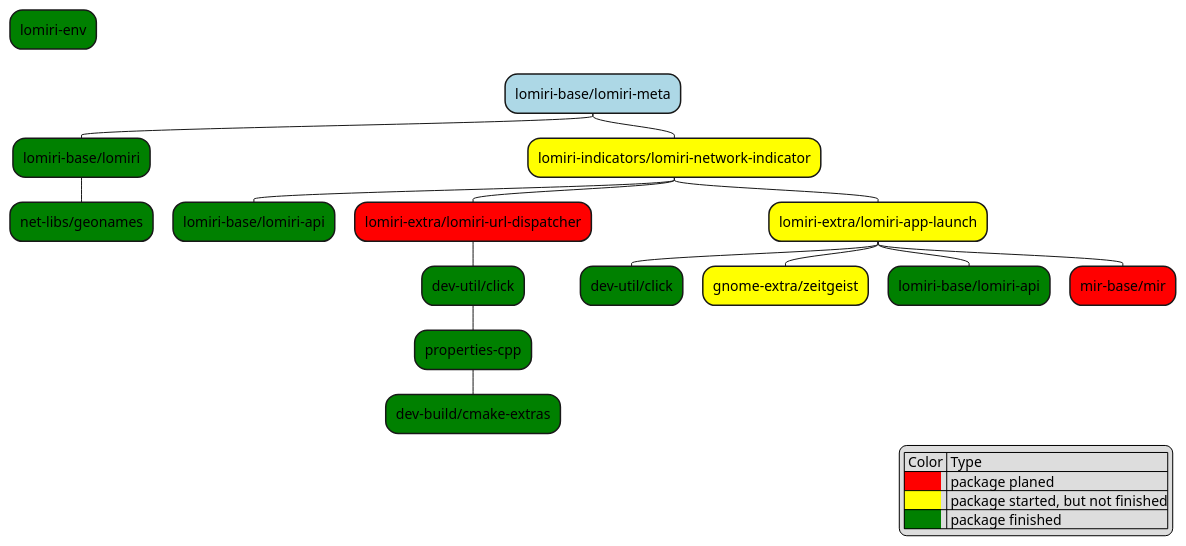
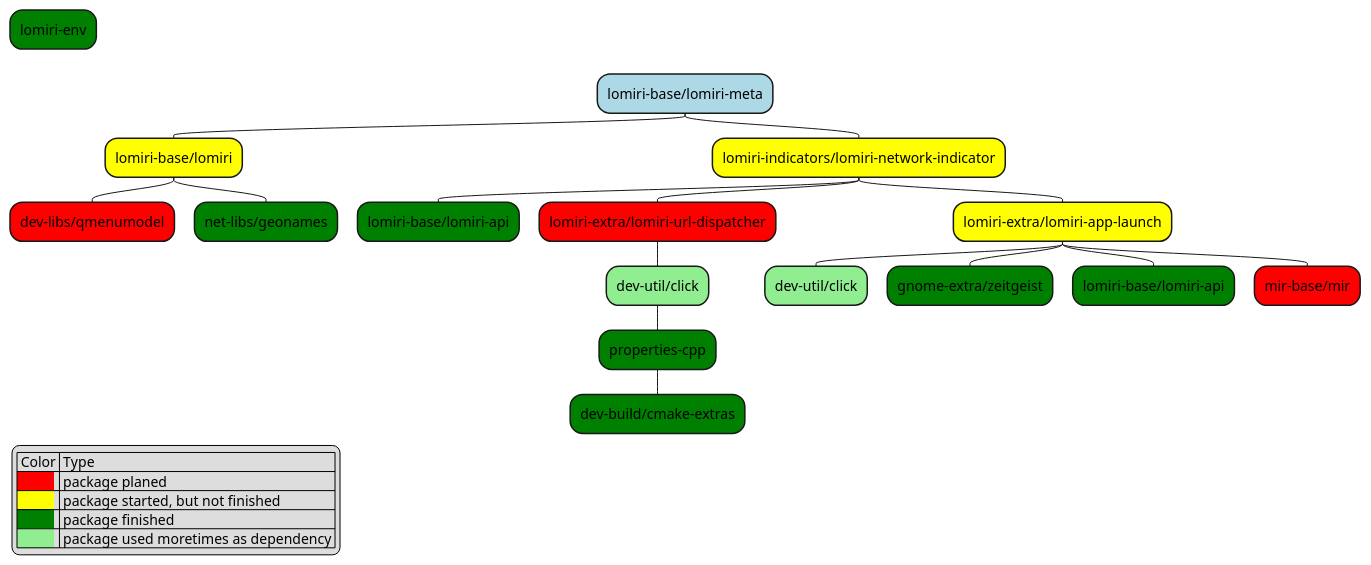
Before and after one commit to renegart/gentoo-lomiri: the diagram in docs/lomiri-packages.plantuml, drawn with PlantUML. The commit also changed 3 other files, not shown here.

Commit message:
gnome-extra/zeitgeist: added package

```diff
--- a/docs/lomiri-packages.plantuml
+++ b/docs/lomiri-packages.plantuml
@@ -1,25 +1,27 @@
 @startmindmap package dependencies
-legend right
+legend left
     | Color | Type |
     |<back:red>          </back>| package planed|
     |<back:yellow>          </back>| package started, but not finished|
     |<back:green>          </back>| package finished|
+    |<back:lightgreen>          </back>| package used moretimes as dependency |
 endlegend
 
 top to bottom direction
 *[#green] lomiri-env
 *[#lightblue] lomiri-base/lomiri-meta
-  *[#green] lomiri-base/lomiri
+  *[#yellow] lomiri-base/lomiri
+    *[#red] dev-libs/qmenumodel
     *[#green] net-libs/geonames
   *[#yellow] lomiri-indicators/lomiri-network-indicator
     *[#green] lomiri-base/lomiri-api
     *[#red] lomiri-extra/lomiri-url-dispatcher
-      *[#green] dev-util/click
+      *[#lightgreen] dev-util/click
         *[#green] properties-cpp
           *[#green] dev-build/cmake-extras
     *[#yellow] lomiri-extra/lomiri-app-launch
-      *[#green] dev-util/click
-      *[#yellow] gnome-extra/zeitgeist
+      *[#lightgreen] dev-util/click
+      *[#green] gnome-extra/zeitgeist
       *[#green] lomiri-base/lomiri-api
       *[#red] mir-base/mir
 @endmindmap
```
